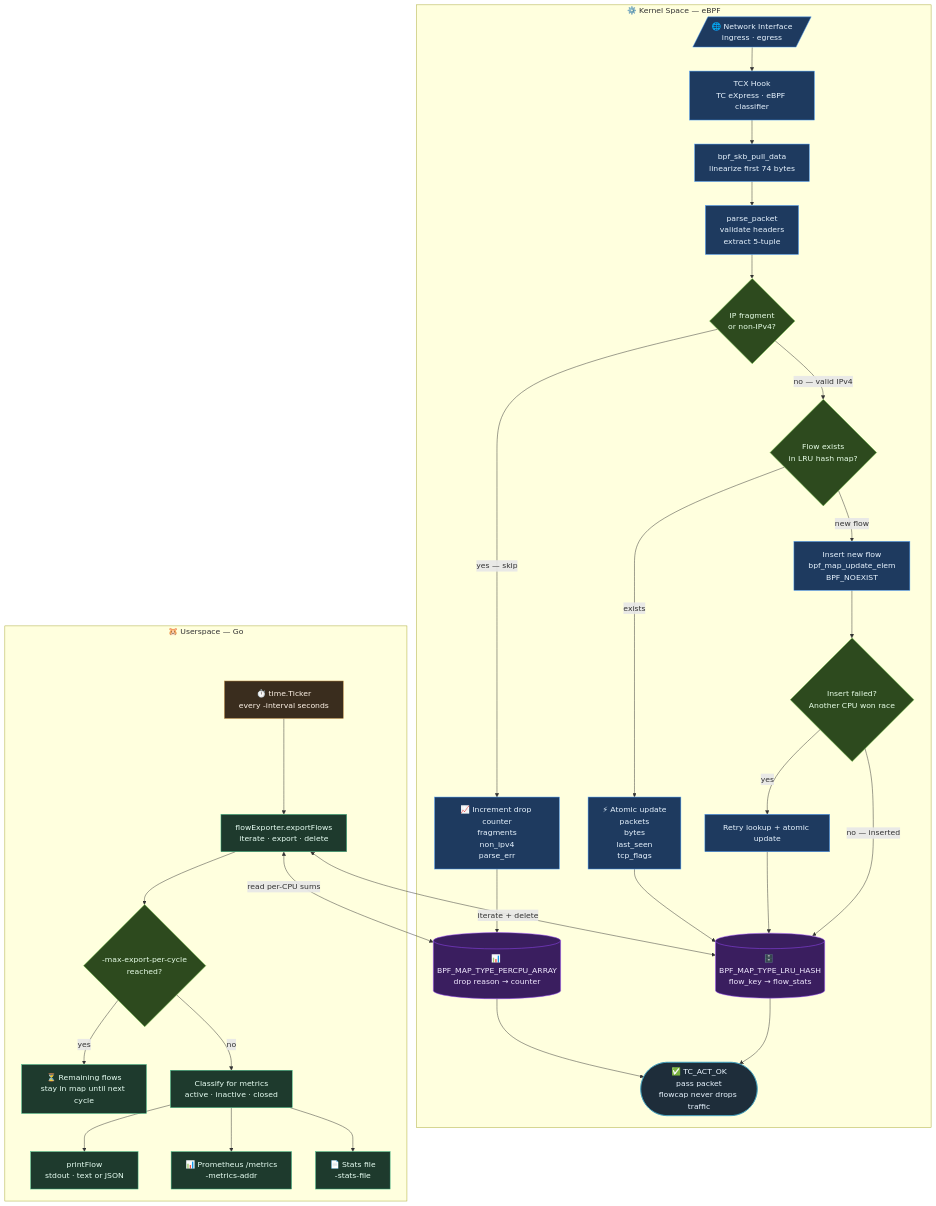
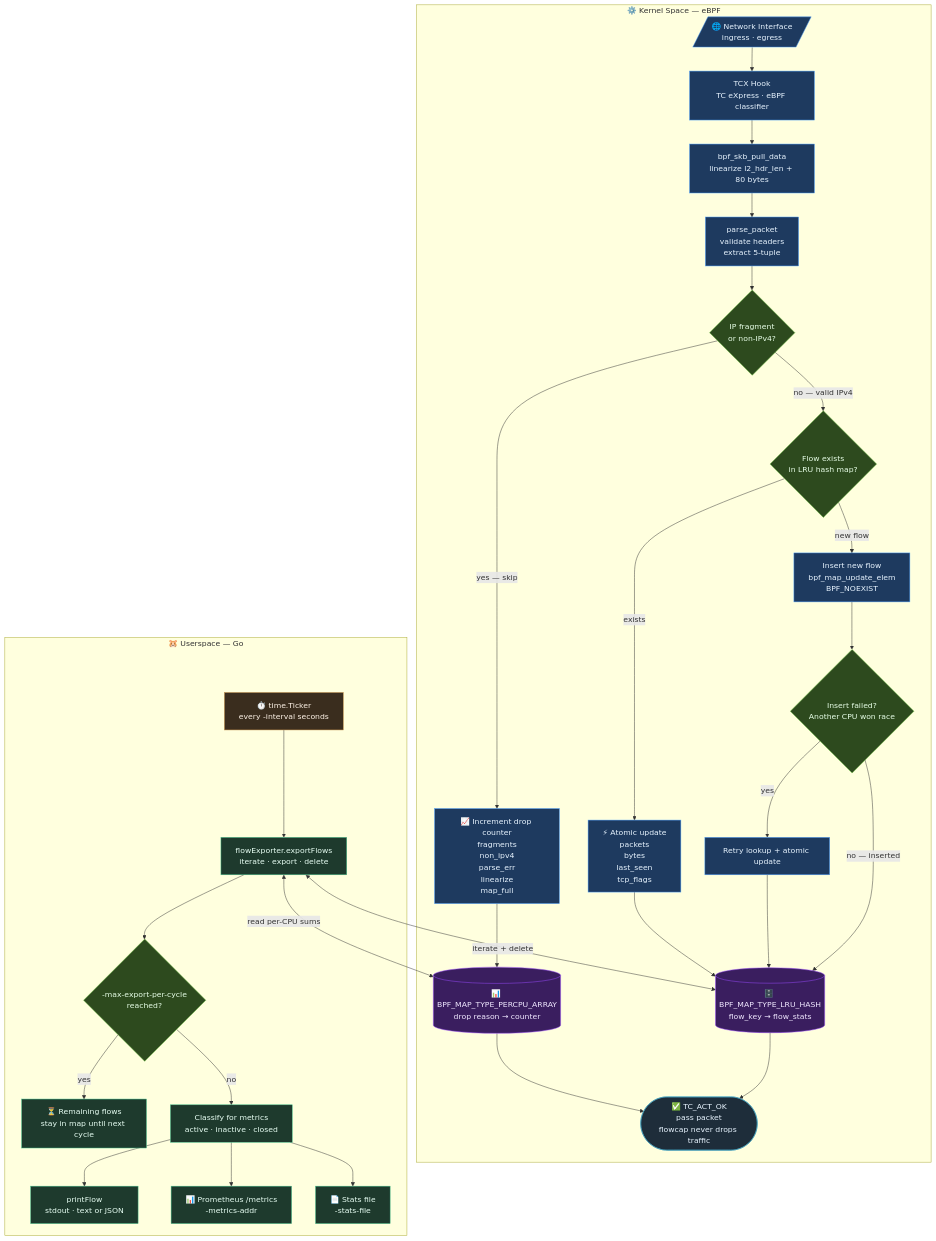
Before and after one commit to luk-kop/flowcap: the diagram in docs/architecture.md, drawn with Mermaid. The commit also changed other lines of this file and 5 other files, not shown here.

````diff
--- a/docs/architecture.md
+++ b/docs/architecture.md
@@ -3,64 +3,64 @@
 ```mermaid
 flowchart TD
     subgraph KERNEL["⚙️ Kernel Space — eBPF"]
         NIC[/"🌐 Network Interface<br/>ingress · egress"/]
         TC["TCX Hook<br/>TC eXpress · eBPF classifier"]
-        PULL["bpf_skb_pull_data<br/>linearize first 74 bytes"]
+        PULL["bpf_skb_pull_data<br/>linearize l2_hdr_len + 80 bytes"]
         PARSE["parse_packet<br/>validate headers<br/>extract 5-tuple"]
         FRAG{IP fragment<br/>or non-IPv4?}
-        DROPCNT["📈 Increment drop counter<br/>fragments<br/>non_ipv4<br/>parse_err"]
+        DROPCNT["📈 Increment drop counter<br/>fragments<br/>non_ipv4<br/>parse_err<br/>linearize<br/>map_full"]
         LOOKUP{Flow exists<br/>in LRU hash map?}
         UPDATE["⚡ Atomic update<br/>packets<br/>bytes<br/>last_seen<br/>tcp_flags"]
         INSERT["Insert new flow<br/>bpf_map_update_elem<br/>BPF_NOEXIST"]
         RACE{Insert failed?<br/>Another CPU won race}
         RETRY["Retry lookup + atomic update"]
         MAP[("🗄️ BPF_MAP_TYPE_LRU_HASH<br/>flow_key → flow_stats")]
         DROPMAP[("📊 BPF_MAP_TYPE_PERCPU_ARRAY<br/>drop reason → counter")]
         ACT(["✅ TC_ACT_OK<br/>pass packet<br/>flowcap never drops traffic"])
     end
 
     subgraph USERSPACE["🐹 Userspace — Go"]
         TICKER["⏱️ time.Ticker<br/>every -interval seconds"]
         EXPORT["flowExporter.exportFlows<br/>iterate · export · delete"]
         RATELIMIT{"-max-export-per-cycle<br/>reached?"}
         REMAINING["⏳ Remaining flows<br/>stay in map until next cycle"]
         PRINT["printFlow<br/>stdout · text or JSON"]
         CLASSIFY["Classify for metrics<br/>active · inactive · closed"]
         PROMETHEUS["📊 Prometheus /metrics<br/>-metrics-addr"]
         STATSFILE["📄 Stats file<br/>-stats-file"]
     end
 
     NIC --> TC --> PULL --> PARSE --> FRAG
     FRAG -->|yes — skip| DROPCNT --> DROPMAP --> ACT
     FRAG -->|no — valid IPv4| LOOKUP
     LOOKUP -->|exists| UPDATE --> MAP
     LOOKUP -->|new flow| INSERT --> RACE
     RACE -->|yes| RETRY --> MAP
     RACE -->|no — inserted| MAP
     MAP --> ACT
 
     TICKER --> EXPORT
     EXPORT <-->|iterate + delete| MAP
     EXPORT <-->|read per-CPU sums| DROPMAP
     EXPORT --> RATELIMIT
     RATELIMIT -->|yes| REMAINING
     RATELIMIT -->|no| CLASSIFY --> PRINT
     CLASSIFY --> PROMETHEUS
     CLASSIFY --> STATSFILE
 
     classDef kernel fill:#1e3a5f,stroke:#4a9eff,color:#e8f4ff
     classDef decision fill:#2d4a1e,stroke:#6abf40,color:#e8ffe8
     classDef map fill:#3a1e5f,stroke:#9a4aff,color:#f0e8ff
     classDef output fill:#1e3a2d,stroke:#40bf8a,color:#e8fff4
     classDef action fill:#1e2d3a,stroke:#40a0bf,color:#e8f4ff
     classDef ticker fill:#3a2d1e,stroke:#bf8a40,color:#fff4e8
 
     class NIC,TC,PULL,PARSE,UPDATE,INSERT,RETRY kernel
     class FRAG,LOOKUP,RACE,RATELIMIT decision
     class MAP,DROPMAP map
     class DROPCNT kernel
     class ACT action
     class TICKER ticker
     class EXPORT,PRINT,CLASSIFY,REMAINING output
     class PROMETHEUS,STATSFILE output
 ```
````
